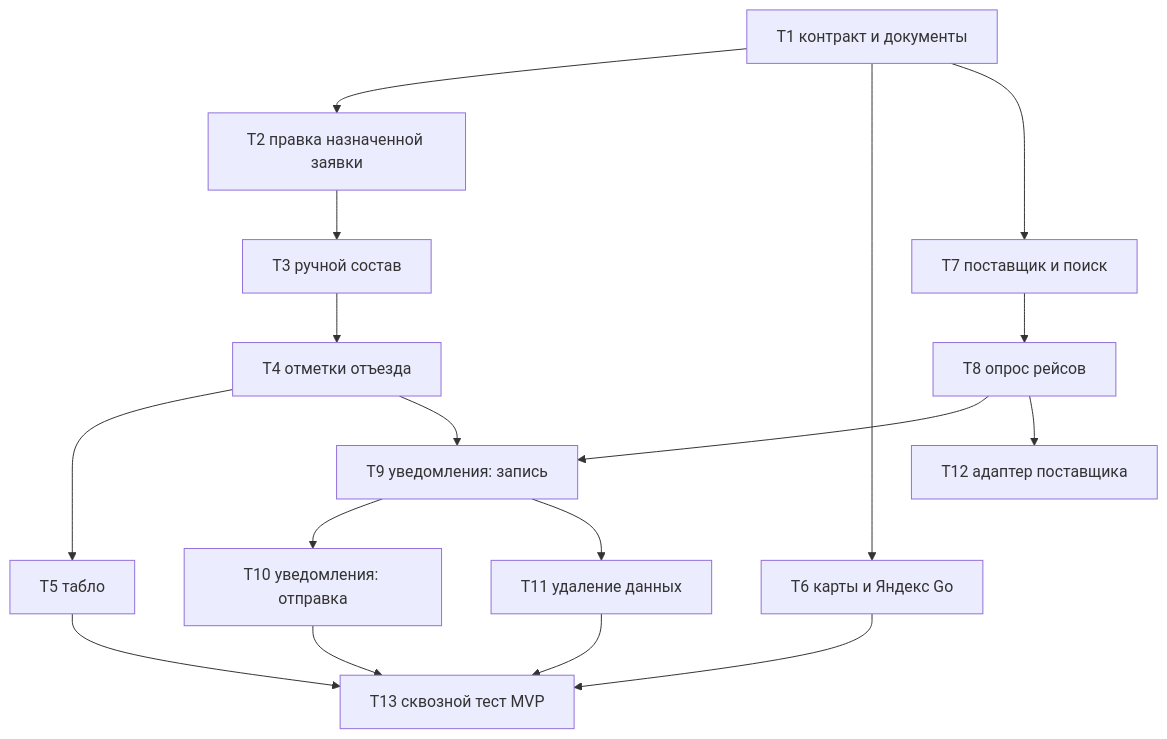
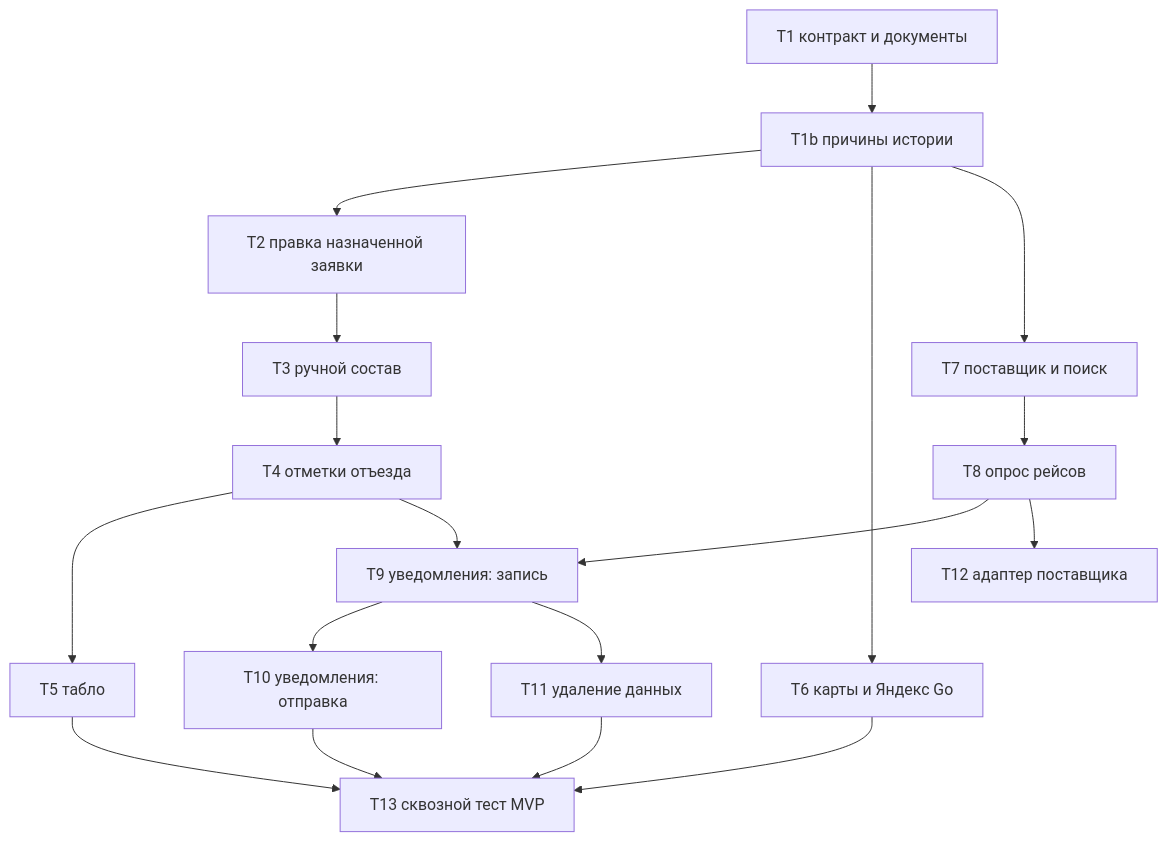
The eighth of 8 diagrams in docs/spec-mvp.md (EgorKolovev/fellow-travelers), drawn with Mermaid before and after one commit. The commit also changed other lines of this file and 3 other files, not shown here.

````diff
--- a/docs/spec-mvp.md
+++ b/docs/spec-mvp.md
@@ -281,19 +283,20 @@
 ```mermaid
 flowchart TD
-    T1[T1 контракт и документы] --> T2[T2 правка назначенной заявки]
-    T1 --> T6[T6 карты и Яндекс Go]
-    T1 --> T7[T7 поставщик и поиск]
+    T1[T1 контракт и документы] --> T1b[T1b причины истории]
+    T1b --> T2[T2 правка назначенной заявки]
+    T1b --> T6[T6 карты и Яндекс Go]
+    T1b --> T7[T7 поставщик и поиск]
     T2 --> T3[T3 ручной состав]
     T3 --> T4[T4 отметки отъезда]
     T4 --> T5[T5 табло]
     T7 --> T8[T8 опрос рейсов]
     T4 --> T9[T9 уведомления: запись]
     T8 --> T9
     T9 --> T10[T10 уведомления: отправка]
     T9 --> T11[T11 удаление данных]
     T8 --> T12[T12 адаптер поставщика]
     T10 --> T13[T13 сквозной тест MVP]
     T11 --> T13
     T5 --> T13
     T6 --> T13
 ```
````
